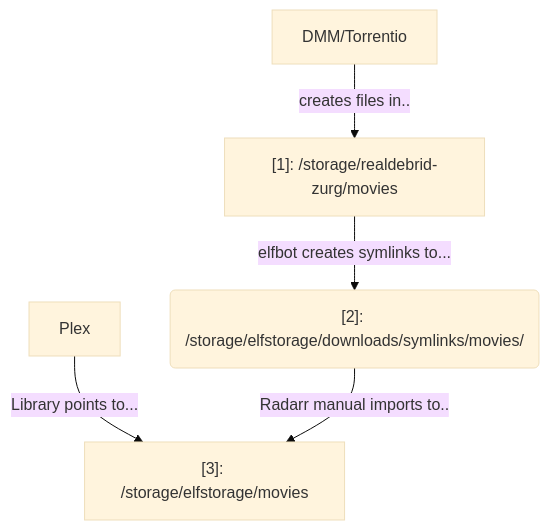
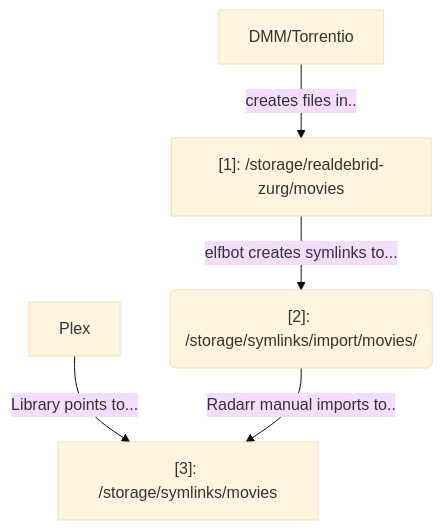
The diagram in docs/app/radarr.md (elfhosted/elfhosted.com), drawn with Mermaid (base theme) before and after one commit. The commit also changed other lines of this file and 4 other files, not shown here.

````diff
--- a/docs/app/radarr.md
+++ b/docs/app/radarr.md
@@ -47,8 +47,8 @@
 ```mermaid
 flowchart TD
     E["DMM/Torrentio"] --> |creates files in..|A
-    A["[1]: /storage/realdebrid-zurg/movies"] -->|elfbot creates symlinks to...| B("[2]: /storage/elfstorage/downloads/symlinks/movies/")
+    A["[1]: /storage/realdebrid-zurg/movies"] -->|elfbot creates symlinks to...| B("[2]: /storage/symlinks/import/movies/")
     D[Plex] --> |Library points to...|C
-    B --> |Radarr manual imports to..|C["[3]: /storage/elfstorage/movies"]
+    B --> |Radarr manual imports to..|C["[3]: /storage/symlinks/movies"]
 
 ```
````
